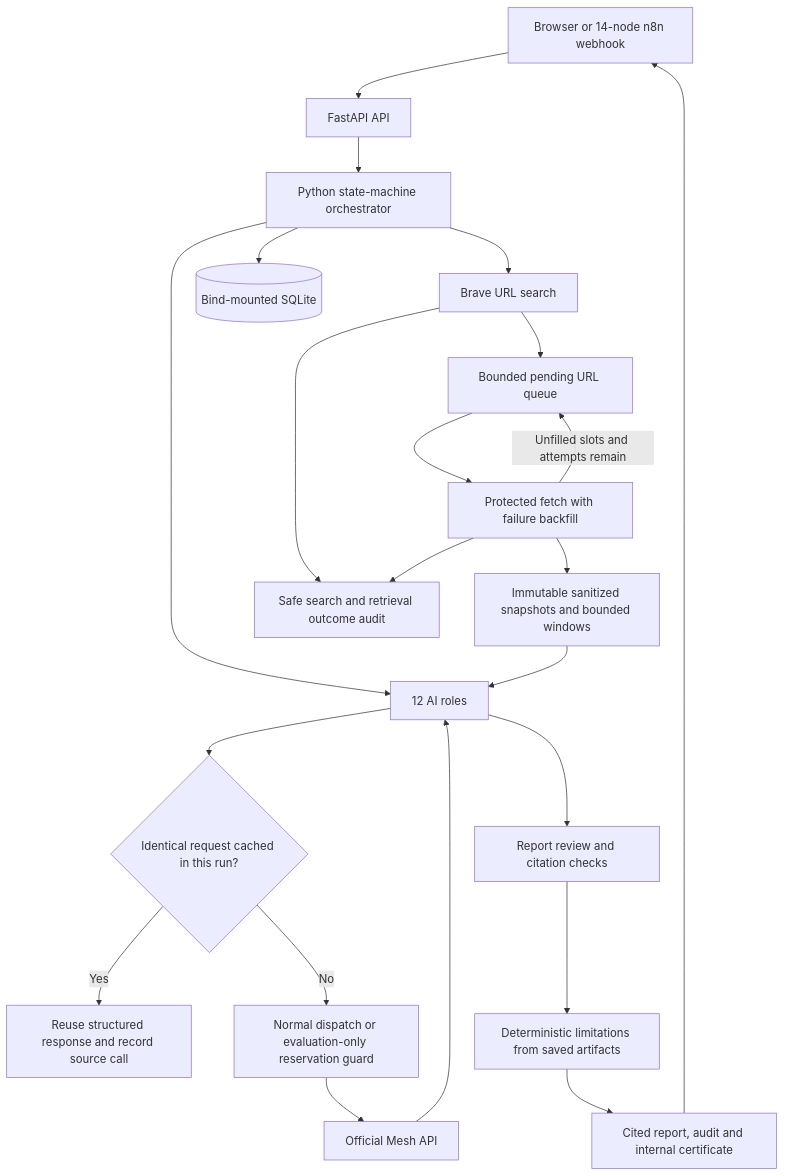
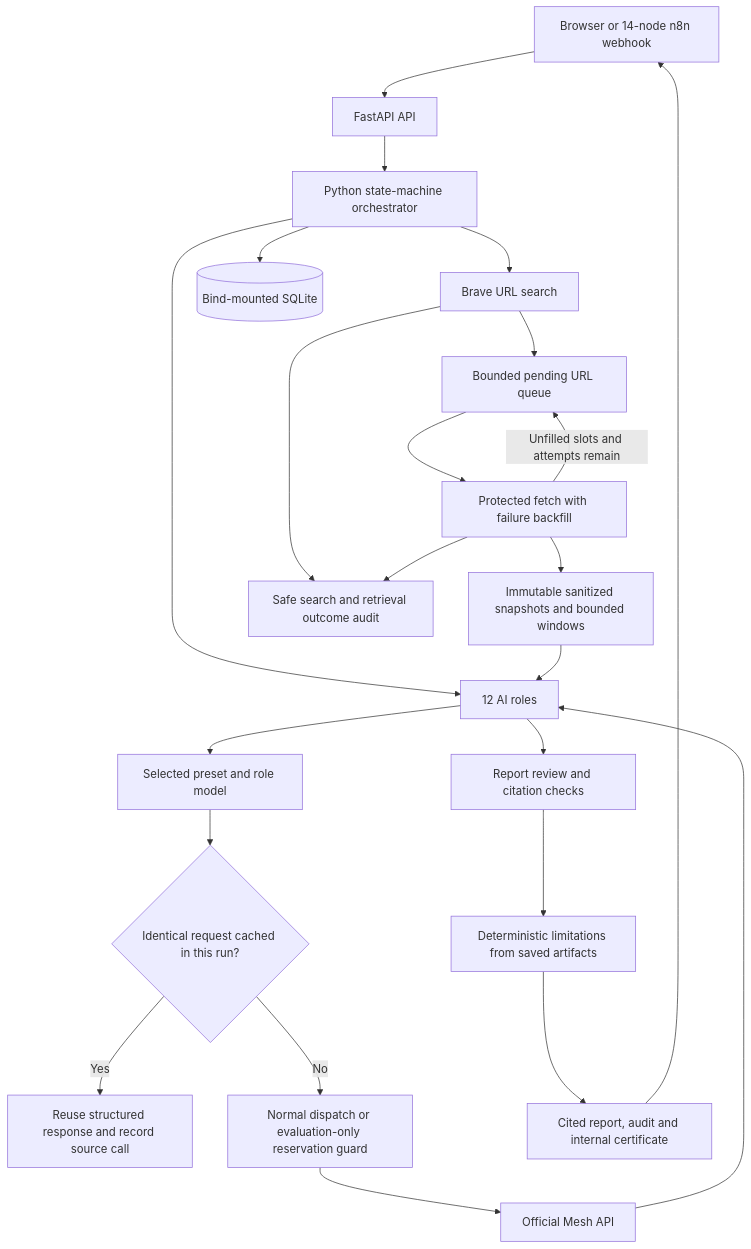
The first of 5 diagrams in README.md (seelamramesh/deepdive), drawn with Mermaid before and after one commit. The commit also changed other lines of this file and 16 other files, not shown here.

````diff
--- a/README.md
+++ b/README.md
@@ -24,24 +24,25 @@
 ```mermaid
 flowchart TD
     U[Browser or 14-node n8n webhook] --> API[FastAPI API]
     API --> O[Python state-machine orchestrator]
     O --> R[12 AI roles]
-    R --> C{Identical request cached in this run?}
+    R --> ROUTE[Selected preset and role model]
+    ROUTE --> C{Identical request cached in this run?}
     C -->|Yes| REUSE[Reuse structured response and record source call]
     C -->|No| G[Normal dispatch or evaluation-only reservation guard]
     G --> M[Official Mesh API]
     M --> R
     O --> S[Brave URL search]
     S --> Q[Bounded pending URL queue]
     Q --> F[Protected fetch with failure backfill]
     F -->|Unfilled slots and attempts remain| Q
     F --> SNAP[Immutable sanitized snapshots and bounded windows]
     S --> HTTP[Safe search and retrieval outcome audit]
     F --> HTTP
     SNAP --> R
     O --> DB[(Bind-mounted SQLite)]
     R --> V[Report review and citation checks]
     V --> LIMITS[Deterministic limitations from saved artifacts]
     LIMITS --> OUT[Cited report, audit and internal certificate]
     OUT --> U
 ```
````
